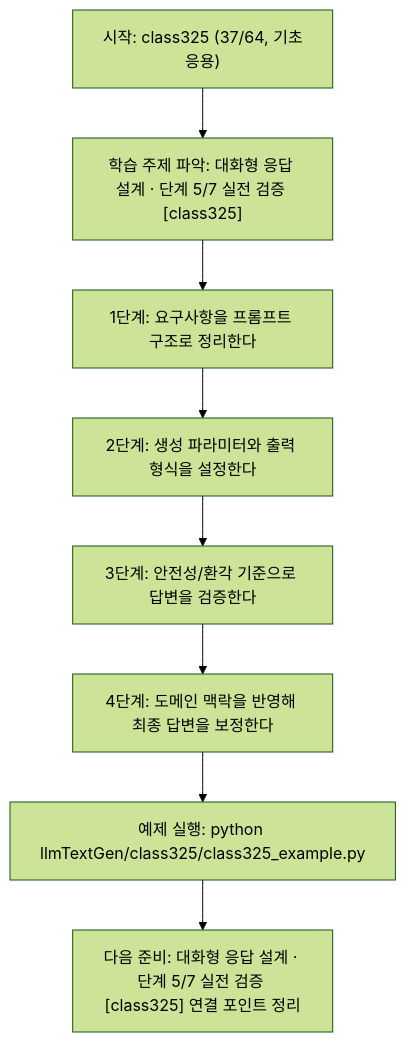
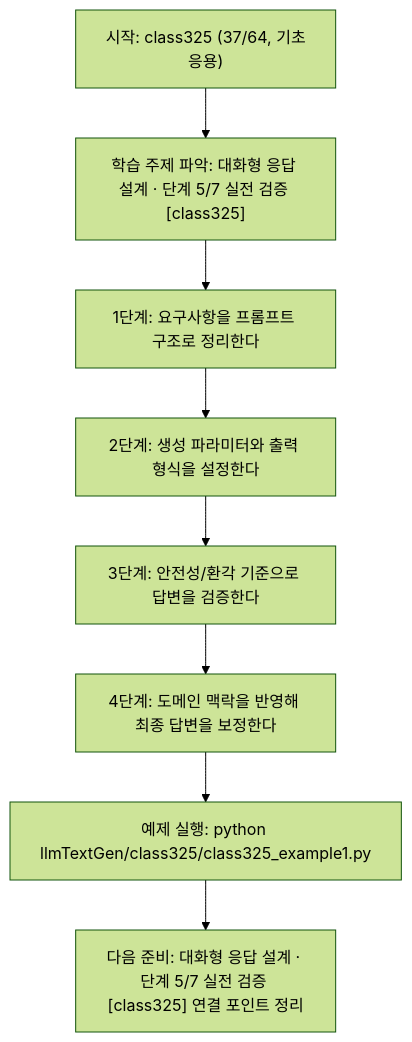
One commit to edumgt/Python-AI_Agent-Class changed the diagram in llmTextGen/class325/class325.md. Above: the diagram before and after it, drawn with Mermaid (forest theme). The commit also changed other lines of this file and 2959 other files, not shown here.

````diff
--- a/llmTextGen/class325/class325.md
+++ b/llmTextGen/class325/class325.md
@@ -114,18 +114,18 @@
 ```mermaid
 flowchart TD
 N1["시작: class325 (37/64, 기초응용)"]
 N2["학습 주제 파악: 대화형 응답 설계 · 단계 5/7 실전 검증 [class325]"]
 N3["1단계: 요구사항을 프롬프트 구조로 정리한다"]
 N4["2단계: 생성 파라미터와 출력 형식을 설정한다"]
 N5["3단계: 안전성/환각 기준으로 답변을 검증한다"]
 N6["4단계: 도메인 맥락을 반영해 최종 답변을 보정한다"]
-N7["예제 실행: python llmTextGen/class325/class325_example.py"]
+N7["예제 실행: python llmTextGen/class325/class325_example1.py"]
 N8["다음 준비: 대화형 응답 설계 · 단계 5/7 실전 검증 [class325] 연결 포인트 정리"]
 N1 --> N2
 N2 --> N3
 N3 --> N4
 N4 --> N5
 N5 --> N6
 N6 --> N7
 N7 --> N8
 ```
````
